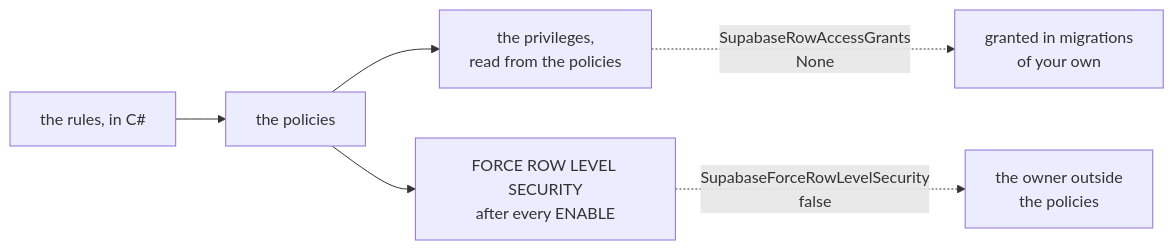
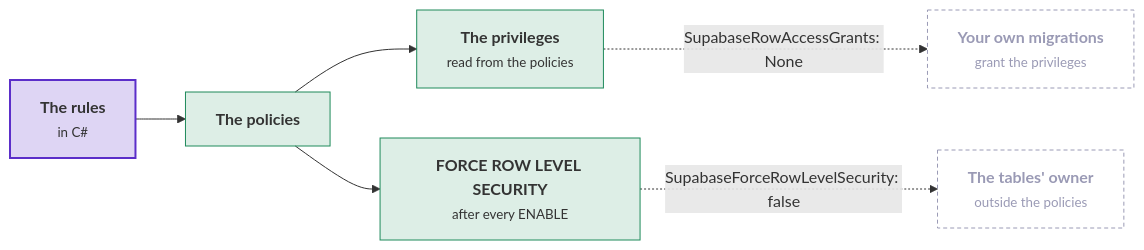
Before and after one commit to DylanSnel/DDDToolkit: the eighth of 10 diagrams in docs/supabase.md, drawn with Mermaid. The commit also changed other lines of this file and 41 other files, not shown here.

First line of the commit message:
Docs: plain prose, one word per concept, and readable diagrams on every page

````diff
--- a/docs/supabase.md
+++ b/docs/supabase.md
@@ -1064,8 +1231,20 @@
 ```mermaid
 flowchart LR
-    Rules["the rules, in C#"] --> Policies["the policies"]
-    Policies --> Privileges["the privileges,<br/>read from the policies"]
-    Policies --> Forced["FORCE ROW LEVEL SECURITY<br/>after every ENABLE"]
-    Privileges -. "SupabaseRowAccessGrants<br/>None" .-> Yours["granted in migrations<br/>of your own"]
-    Forced -. "SupabaseForceRowLevelSecurity<br/>false" .-> Owner["the owner outside<br/>the policies"]
+    rules["<b>The rules</b><br/><small>in C#</small>"]
+    policies["<b>The policies</b>"]
+    privileges["<b>The privileges</b><br/><small>read from the policies</small>"]
+    forced["<b>FORCE ROW LEVEL SECURITY</b><br/><small>after every ENABLE</small>"]
+    yours["<b>Your own migrations</b><br/><small>grant the privileges</small>"]
+    owner["<b>The tables' owner</b><br/><small>outside the policies</small>"]
+    rules --> policies
+    policies --> privileges
+    policies --> forced
+    privileges -. "SupabaseRowAccessGrants: None" .-> yours
+    forced -. "SupabaseForceRowLevelSecurity: false" .-> owner
+    classDef strong fill:#5b2ec933,stroke:#5b2ec9,stroke-width:2px
+    classDef good fill:#1f8a5b26,stroke:#1f8a5b
+    classDef muted fill:none,stroke:#9a9ab5,stroke-dasharray:4 3,color:#9a9ab5
+    class rules strong
+    class policies,privileges,forced good
+    class yours,owner muted
 ```
````
